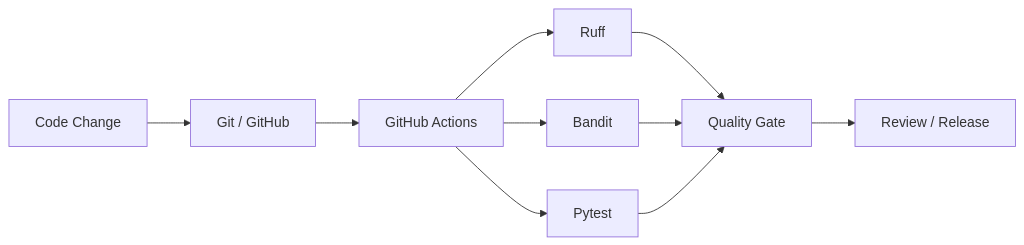
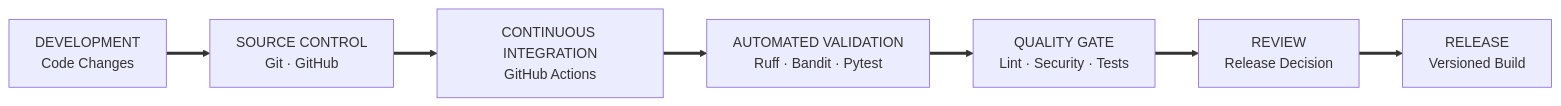
The seventh of 7 diagrams in README.md (ruveeha33/NuclearShield), drawn with Mermaid before and after one commit. The commit also changed other lines of this file, not shown here.

````diff
--- a/README.md
+++ b/README.md
@@ -698,18 +742,19 @@
 ```mermaid
 flowchart LR
 
-    CODE["Code Change"]
-        --> GIT["Git / GitHub"]
+    A["DEVELOPMENT<br/>Code Changes"]
 
-    GIT --> CI["GitHub Actions"]
+    B["SOURCE CONTROL<br/>Git · GitHub"]
 
-    CI --> RUFF["Ruff"]
-    CI --> BANDIT["Bandit"]
-    CI --> PYTEST["Pytest"]
+    C["CONTINUOUS INTEGRATION<br/>GitHub Actions"]
 
-    RUFF --> GATE["Quality Gate"]
-    BANDIT --> GATE
-    PYTEST --> GATE
+    D["AUTOMATED VALIDATION<br/>Ruff · Bandit · Pytest"]
 
-    GATE --> REVIEW["Review / Release"]
+    E["QUALITY GATE<br/>Lint · Security · Tests"]
+
+    F["REVIEW<br/>Release Decision"]
+
+    G["RELEASE<br/>Versioned Build"]
+
+    A ==> B ==> C ==> D ==> E ==> F ==> G
 ```
````
